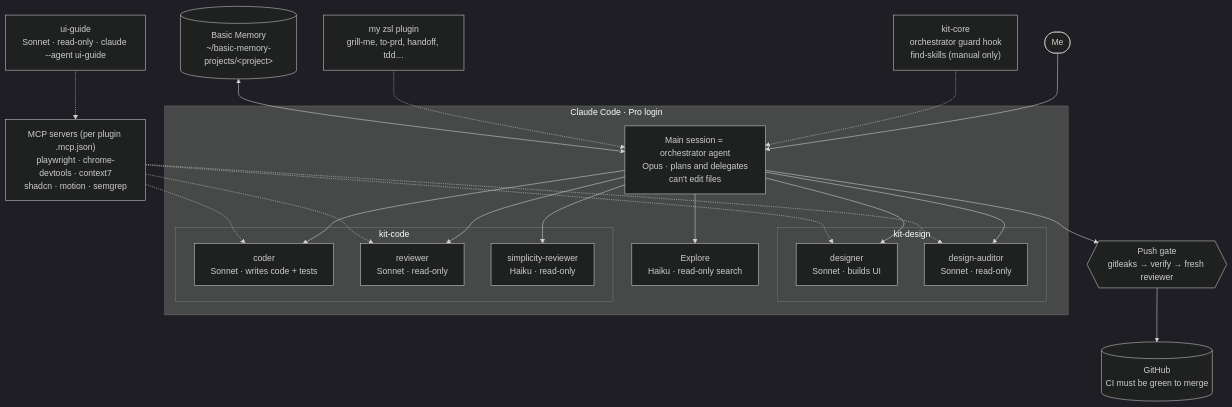
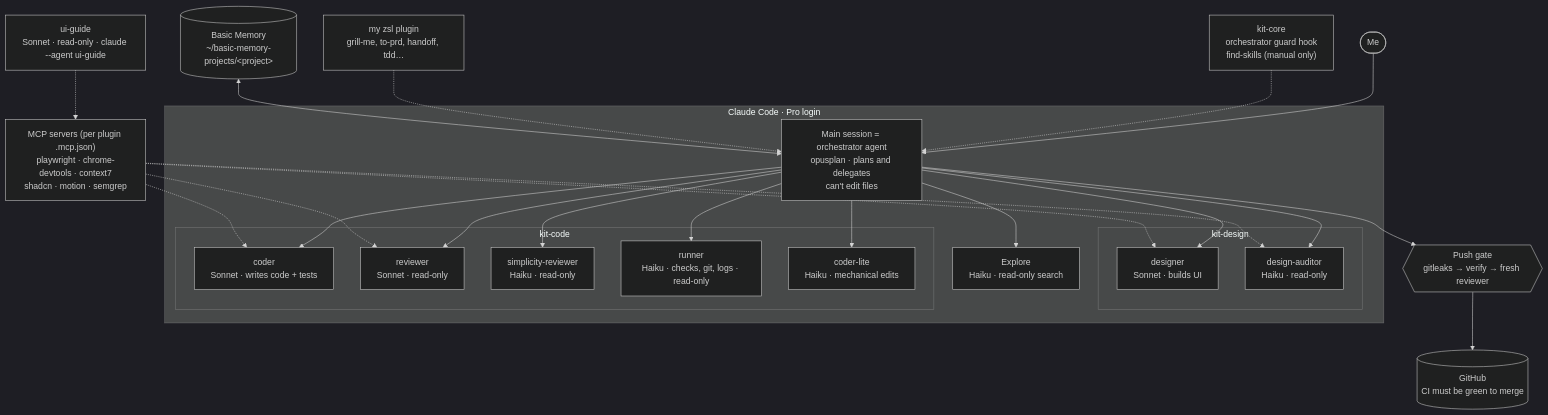
Before and after one commit to milosanokklis-debug/new_ai_setup: the first of 6 diagrams in README.md, drawn with Mermaid (dark theme). The commit also changed other lines of this file and 12 other files, not shown here.

First line of the commit message:
agent-kit 0.5.0: route tokens Opus -> Sonnet -> Haiku

````diff
--- a/README.md
+++ b/README.md
@@ -32,31 +48,33 @@
 ```mermaid
 flowchart TB
     me([Me]) --> main
 
     subgraph CC["Claude Code · Pro login"]
-        main["Main session = orchestrator agent<br/>Opus · plans and delegates<br/>can't edit files"]
+        main["Main session = orchestrator agent<br/>opusplan · plans and delegates<br/>can't edit files"]
 
         subgraph design["kit-design"]
             designer["designer<br/>Sonnet · builds UI"]
-            auditor["design-auditor<br/>Sonnet · read-only"]
+            auditor["design-auditor<br/>Haiku · read-only"]
         end
 
         subgraph code["kit-code"]
             coder["coder<br/>Sonnet · writes code + tests"]
             reviewer["reviewer<br/>Sonnet · read-only"]
             simple["simplicity-reviewer<br/>Haiku · read-only"]
+            runner["runner<br/>Haiku · checks, git, logs · read-only"]
+            lite["coder-lite<br/>Haiku · mechanical edits"]
         end
 
         explore["Explore<br/>Haiku · read-only search"]
-        main --> designer & auditor & coder & reviewer & simple & explore
+        main --> designer & auditor & coder & lite & runner & reviewer & simple & explore
     end
 
     mcp["MCP servers (per plugin .mcp.json)<br/>playwright · chrome-devtools · context7<br/>shadcn · motion · semgrep"] -.-> designer & auditor & coder & reviewer
     guide["ui-guide<br/>Sonnet · read-only · claude --agent ui-guide"] -.-> mcp
 
     core["kit-core<br/>orchestrator guard hook<br/>find-skills (manual only)"] -.-> main
     zsl["my zsl plugin<br/>grill-me, to-prd, handoff, tdd…"] -.-> main
     bm[("Basic Memory<br/>~/basic-memory-projects/&lt;project&gt;")] <--> main
     main --> gate{{"Push gate<br/>gitleaks → verify → fresh reviewer"}}
     gate --> gh[("GitHub<br/>CI must be green to merge")]
 ```
````
